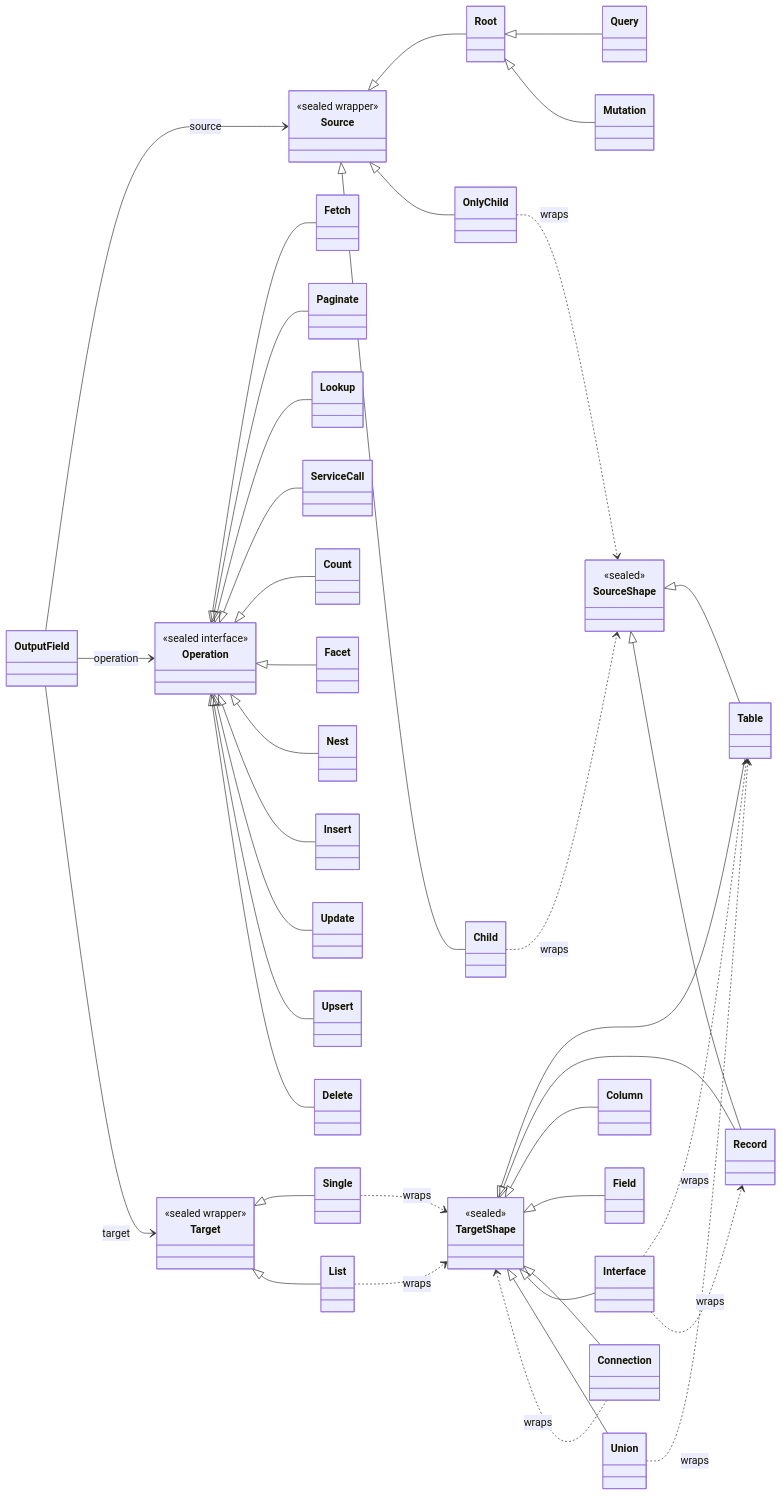
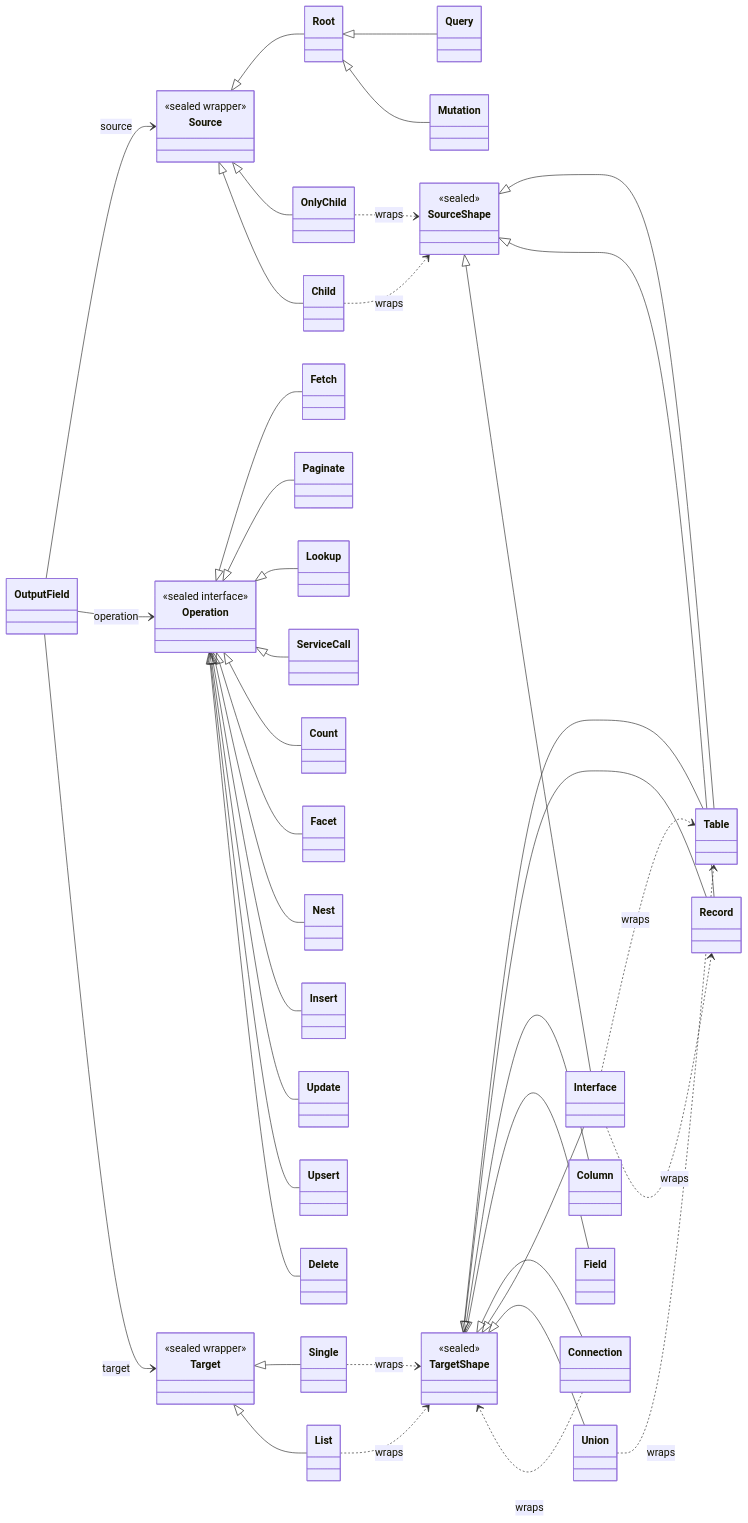
Before and after one commit to sikt-no/graphitron: the diagram in graphitron-rewrite/roadmap/source-operation-target-pivot.md, drawn with Mermaid. The commit also changed other lines of this file, not shown here.

First line of the commit message:
R316: Interface straddles both shape seals; Union is target-only

````diff
--- a/graphitron-rewrite/roadmap/source-operation-target-pivot.md
+++ b/graphitron-rewrite/roadmap/source-operation-target-pivot.md
@@ -38,52 +38,53 @@
 ```mermaid
 classDiagram
   direction LR
 
   OutputField --> Source : source
   OutputField --> Operation : operation
   OutputField --> Target : target
 
   class Source { <<sealed wrapper>> }
   Source <|-- Root
   Source <|-- OnlyChild
   Source <|-- Child
   Root <|-- Query
   Root <|-- Mutation
   OnlyChild ..> SourceShape : wraps
   Child ..> SourceShape : wraps
 
   class Operation { <<sealed interface>> }
   Operation <|-- Fetch
   Operation <|-- Paginate
   Operation <|-- Lookup
   Operation <|-- ServiceCall
   Operation <|-- Count
   Operation <|-- Facet
   Operation <|-- Nest
   Operation <|-- Insert
   Operation <|-- Update
   Operation <|-- Upsert
   Operation <|-- Delete
 
   class Target { <<sealed wrapper>> }
   Target <|-- Single
   Target <|-- List
   Single ..> TargetShape : wraps
   List ..> TargetShape : wraps
 
   class SourceShape { <<sealed>> }
   class TargetShape { <<sealed>> }
   SourceShape <|-- Table
   SourceShape <|-- Record
+  SourceShape <|-- Interface
   TargetShape <|-- Table
   TargetShape <|-- Record
   TargetShape <|-- Column
   TargetShape <|-- Field
   TargetShape <|-- Connection
   TargetShape <|-- Interface
   TargetShape <|-- Union
   Connection ..> TargetShape : wraps
   Interface ..> Table : wraps
   Interface ..> Record : wraps
   Union ..> Table : wraps
 ```
````
